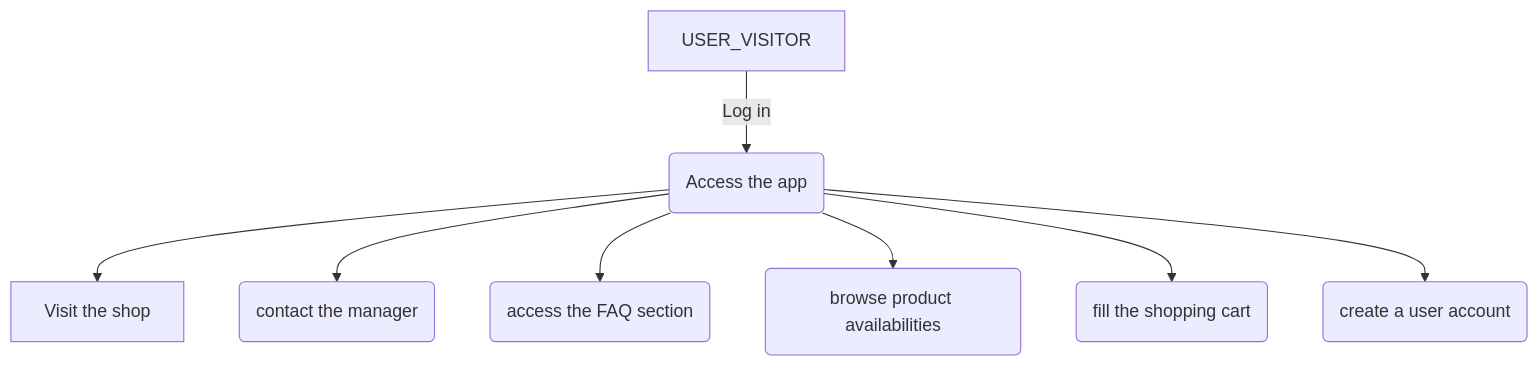
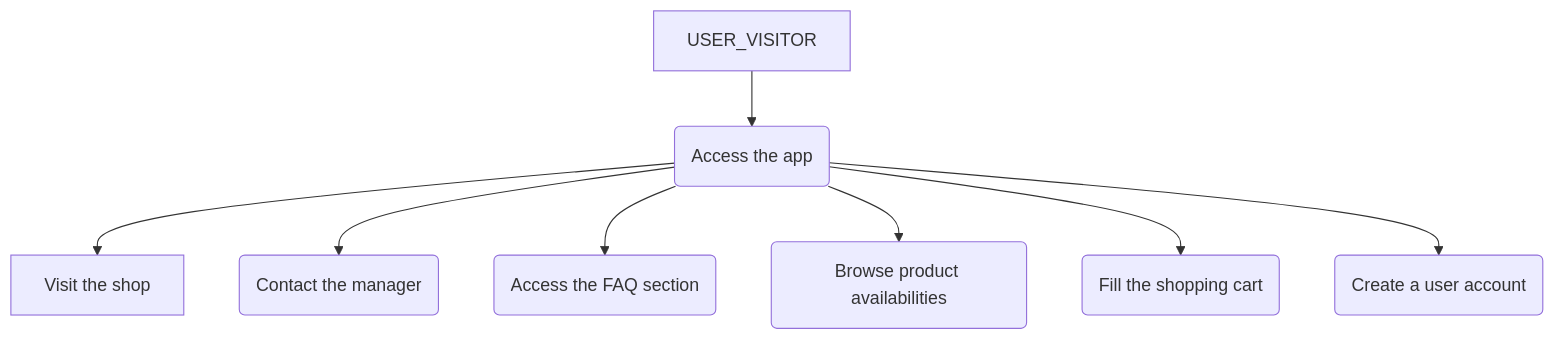
The first of 3 diagrams in flowChart.md (Nicolasmaes/homesono_design), drawn with Mermaid before and after one commit.

Commit message:
flowChart v3

````diff
--- a/flowChart.md
+++ b/flowChart.md
@@ -1,10 +1,10 @@
 ```mermaid
 graph TD
-    A[USER_VISITOR] --> |Log in|B(Access the app)
+    A[USER_VISITOR] --> B(Access the app)
     B --> C[Visit the shop]
-    B --> D(contact the manager)
-    B --> E(access the FAQ section)
-    B --> F(browse product availabilities)
-    B --> G(fill the shopping cart)
-    B --> H(create a user account)
+    B --> D(Contact the manager)
+    B --> E(Access the FAQ section)
+    B --> F(Browse product availabilities)
+    B --> G(Fill the shopping cart)
+    B --> H(Create a user account)
 ```
````
